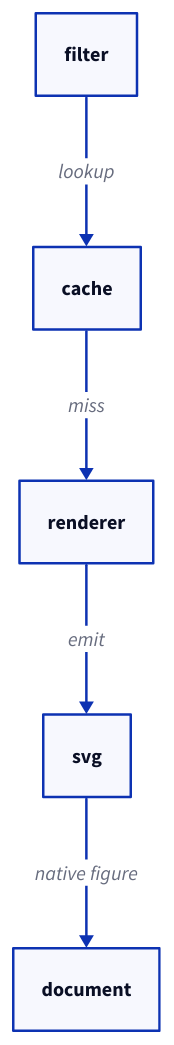
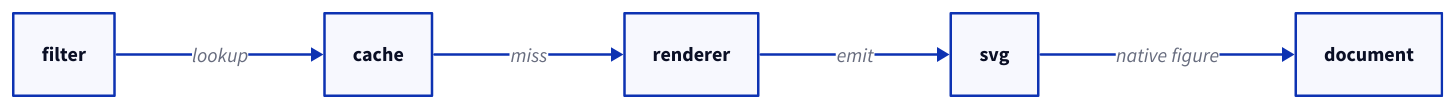
One commit to seandavi/quarto-livefigures changed the diagram in site/gallery/kroki.qmd. Above: the diagram before and after it, drawn with D2. The commit also changed other lines of this file and 7 other files, not shown here.

First line of the commit message:
Gallery: one example figure per kroki format, with format blurbs (#26)

````diff
--- a/site/gallery/kroki.qmd
+++ b/site/gallery/kroki.qmd
@@ -12,6 +21,7 @@
 ```{.d2 #fig-d2 fig-cap="The render pipeline, in D2"}
+direction: right
 filter -> cache: lookup
 cache -> renderer: miss
 renderer -> svg: emit
 svg -> document: native figure
 ```
````
